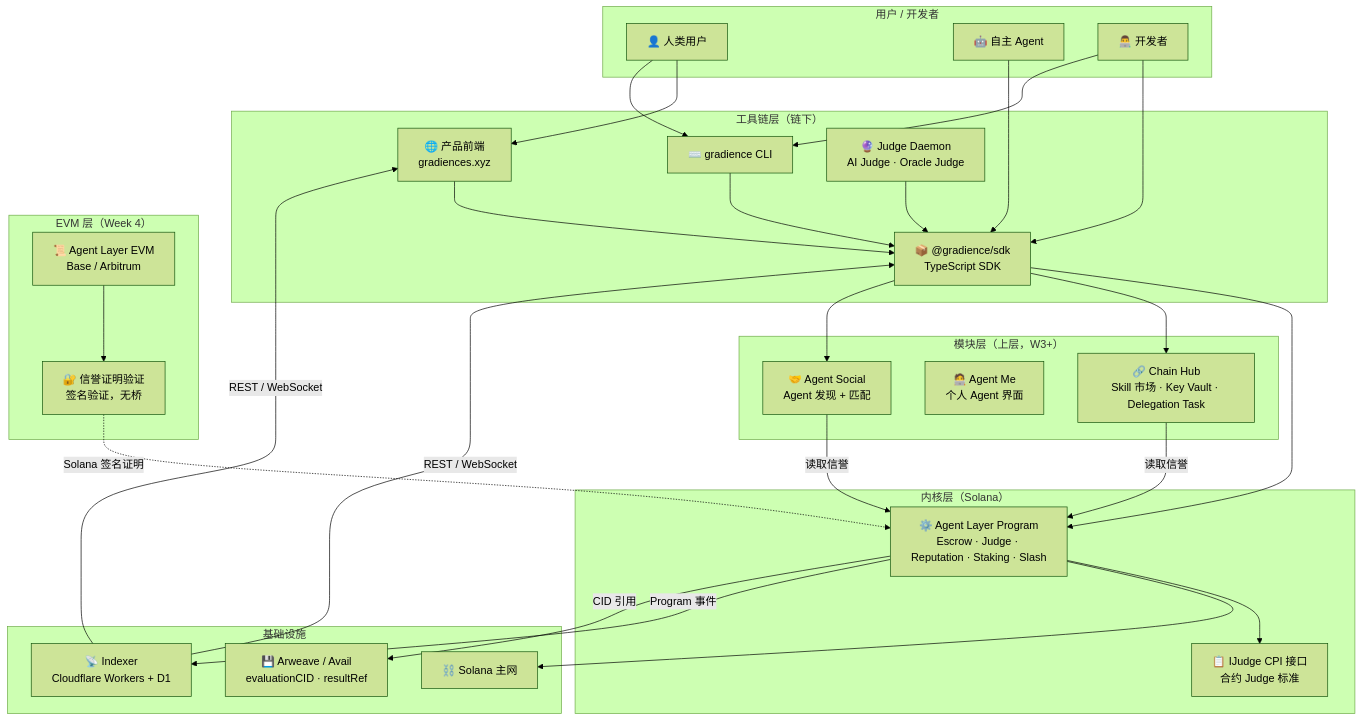
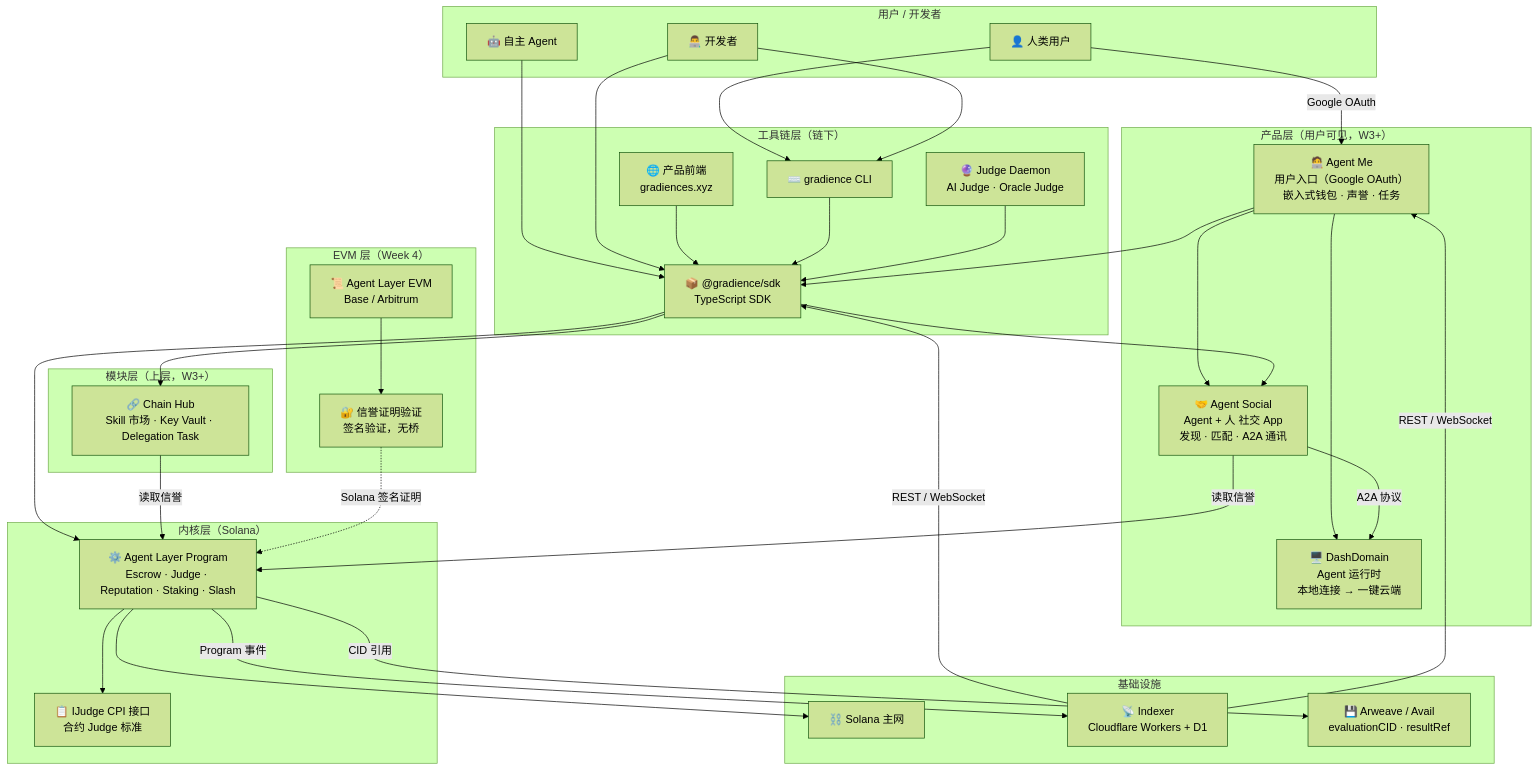
Before and after one commit to DaviRain-Su/gradience: the first of 2 diagrams in docs/02-architecture.md, drawn with Mermaid (forest theme). The commit also changed other lines of this file and 1 other file, not shown here.

Commit message:
docs: 产品架构更新 — Agent Me 入口 + DashDomain 运行时
PRD v0.4:
- 新增 §1.7 产品架构，明确产品层 vs 基础设施层分层
- Agent Me 定位为用户入口（Google OAuth → 嵌入式钱包）
- 新增 DashDomain 概念（Agent 运行时：本地优先 → 云端部署）
- Agent Social 升级为面向 Agent + 人的社交 App

Architecture v0.2:
- §2.2 组件定义表更新 Agent Me / Agent Social / DashDomain
- 架构图新增产品层（Products subgraph）
- 架构图连线更新：用户 → Agent Me → 各模块

````diff
--- a/docs/02-architecture.md
+++ b/docs/02-architecture.md
@@ -44,64 +53,74 @@
 ```mermaid
 flowchart TB
     subgraph Users["用户 / 开发者"]
         Human["👤 人类用户"]
         DevAgent["🤖 自主 Agent"]
         Dev["👨‍💻 开发者"]
     end
 
     subgraph Toolchain["工具链层（链下）"]
         Frontend["🌐 产品前端<br/>gradiences.xyz"]
         SDK["📦 @gradience/sdk<br/>TypeScript SDK"]
         CLI["⌨️ gradience CLI"]
         JudgeDaemon["🔮 Judge Daemon<br/>AI Judge · Oracle Judge"]
     end
 
     subgraph Kernel["内核层（Solana）"]
         AgentLayer["⚙️ Agent Layer Program<br/>Escrow · Judge · Reputation · Staking · Slash"]
         IJudge["📋 IJudge CPI 接口<br/>合约 Judge 标准"]
     end
 
+    subgraph Products["产品层（用户可见，W3+）"]
+        AgentMe["🧑‍💻 Agent Me<br/>用户入口（Google OAuth）<br/>嵌入式钱包 · 声誉 · 任务"]
+        AgentSocial["🤝 Agent Social<br/>Agent + 人 社交 App<br/>发现 · 匹配 · A2A 通讯"]
+        DashDomain["🖥️ DashDomain<br/>Agent 运行时<br/>本地连接 → 一键云端"]
+    end
+
     subgraph Modules["模块层（上层，W3+）"]
         ChainHub["🔗 Chain Hub<br/>Skill 市场 · Key Vault · Delegation Task"]
-        AgentMe["🧑‍💻 Agent Me<br/>个人 Agent 界面"]
-        AgentSocial["🤝 Agent Social<br/>Agent 发现 + 匹配"]
     end
 
     subgraph EVMLayer["EVM 层（Week 4）"]
         EVMContract["📜 Agent Layer EVM<br/>Base / Arbitrum"]
         ReputationBridge["🔐 信誉证明验证<br/>签名验证，无桥"]
     end
 
     subgraph Infra["基础设施"]
         Solana["⛓️ Solana 主网"]
         Indexer["📡 Indexer<br/>Cloudflare Workers + D1"]
         Storage["💾 Arweave / Avail<br/>evaluationCID · resultRef"]
     end
 
-    Human --> Frontend
+    Human -->|"Google OAuth"| AgentMe
     Human --> CLI
     DevAgent --> SDK
     Dev --> SDK
     Dev --> CLI
+
+    AgentMe --> SDK
+    AgentMe --> AgentSocial
+    AgentMe --> DashDomain
+    AgentSocial -->|"A2A 协议"| DashDomain
+
     Frontend --> SDK
     CLI --> SDK
     JudgeDaemon --> SDK
 
     SDK --> AgentLayer
     SDK --> ChainHub
     SDK --> AgentSocial
 
     AgentLayer --> IJudge
     ChainHub -->|"读取信誉"| AgentLayer
     AgentSocial -->|"读取信誉"| AgentLayer
 
     AgentLayer --> Solana
     AgentLayer -->|"Program 事件"| Indexer
     AgentLayer -->|"CID 引用"| Storage
 
     Indexer -->|"REST / WebSocket"| SDK
-    Indexer -->|"REST / WebSocket"| Frontend
+    Indexer -->|"REST / WebSocket"| AgentMe
 
     EVMContract --> ReputationBridge
     ReputationBridge -.->|"Solana 签名证明"| AgentLayer
 ```
````
